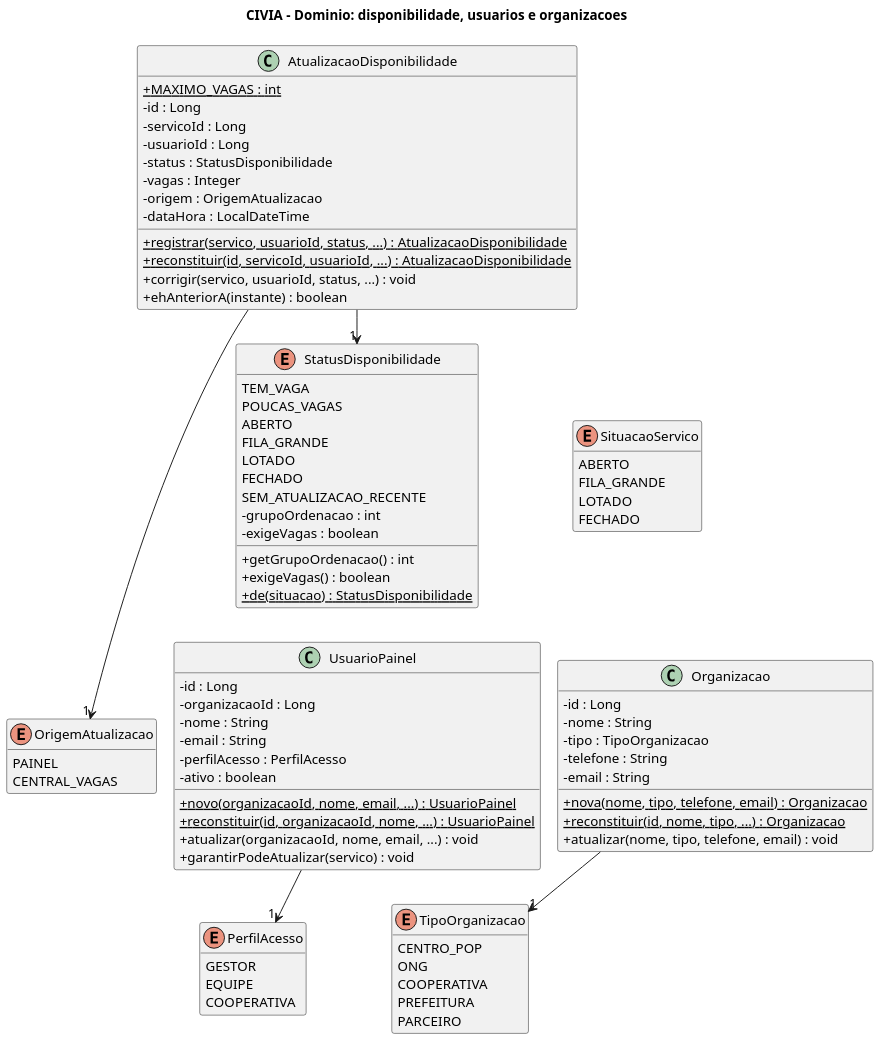
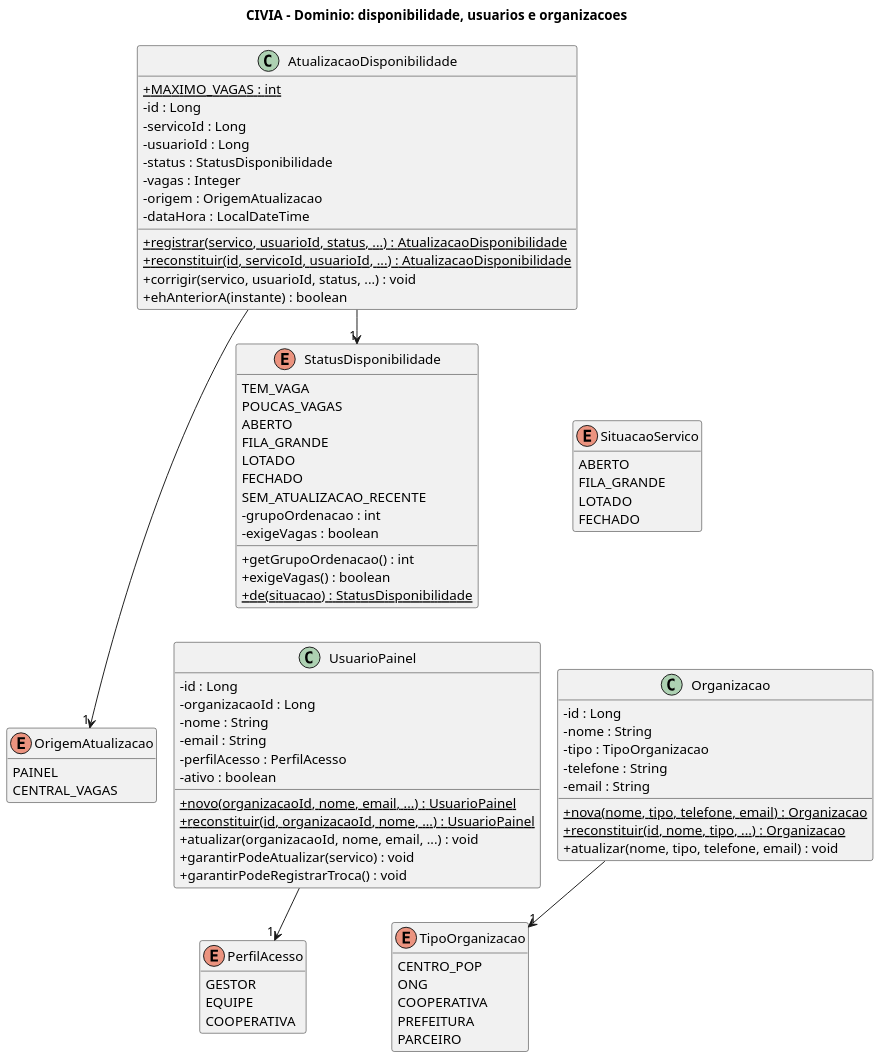
The diagram in docs/partes/02-dominio-disponibilidade.puml (Gabrielvianaana/civia-api), drawn with PlantUML before and after one commit. The commit also changed 99 other files, not shown here.

```diff
--- a/docs/partes/02-dominio-disponibilidade.puml
+++ b/docs/partes/02-dominio-disponibilidade.puml
@@ -1,91 +1,92 @@
 @startuml
 title CIVIA - Dominio: disponibilidade, usuarios e organizacoes
 ' Gerado a partir do codigo-fonte Java (pasta civia-*/src/main/java).
 !pragma layout smetana
 skinparam classAttributeIconSize 0
 skinparam shadowing false
 skinparam dpi 150
 hide empty members
 top to bottom direction
 class AtualizacaoDisponibilidade {
   +{static} MAXIMO_VAGAS : int
   -id : Long
   -servicoId : Long
   -usuarioId : Long
   -status : StatusDisponibilidade
   -vagas : Integer
   -origem : OrigemAtualizacao
   -dataHora : LocalDateTime
   +{static} registrar(servico, usuarioId, status, ...) : AtualizacaoDisponibilidade
   +{static} reconstituir(id, servicoId, usuarioId, ...) : AtualizacaoDisponibilidade
   +corrigir(servico, usuarioId, status, ...) : void
   +ehAnteriorA(instante) : boolean
 }
 enum StatusDisponibilidade {
   TEM_VAGA
   POUCAS_VAGAS
   ABERTO
   FILA_GRANDE
   LOTADO
   FECHADO
   SEM_ATUALIZACAO_RECENTE
   -grupoOrdenacao : int
   -exigeVagas : boolean
   +getGrupoOrdenacao() : int
   +exigeVagas() : boolean
   +{static} de(situacao) : StatusDisponibilidade
 }
 enum OrigemAtualizacao {
   PAINEL
   CENTRAL_VAGAS
 }
 enum SituacaoServico {
   ABERTO
   FILA_GRANDE
   LOTADO
   FECHADO
 }
 class UsuarioPainel {
   -id : Long
   -organizacaoId : Long
   -nome : String
   -email : String
   -perfilAcesso : PerfilAcesso
   -ativo : boolean
   +{static} novo(organizacaoId, nome, email, ...) : UsuarioPainel
   +{static} reconstituir(id, organizacaoId, nome, ...) : UsuarioPainel
   +atualizar(organizacaoId, nome, email, ...) : void
   +garantirPodeAtualizar(servico) : void
+  +garantirPodeRegistrarTroca() : void
 }
 enum PerfilAcesso {
   GESTOR
   EQUIPE
   COOPERATIVA
 }
 class Organizacao {
   -id : Long
   -nome : String
   -tipo : TipoOrganizacao
   -telefone : String
   -email : String
   +{static} nova(nome, tipo, telefone, email) : Organizacao
   +{static} reconstituir(id, nome, tipo, ...) : Organizacao
   +atualizar(nome, tipo, telefone, email) : void
 }
 enum TipoOrganizacao {
   CENTRO_POP
   ONG
   COOPERATIVA
   PREFEITURA
   PARCEIRO
 }
 AtualizacaoDisponibilidade --> "1" OrigemAtualizacao
 AtualizacaoDisponibilidade --> "1" StatusDisponibilidade
 Organizacao --> "1" TipoOrganizacao
 UsuarioPainel --> "1" PerfilAcesso
 AtualizacaoDisponibilidade -[hidden]down- SituacaoServico
 StatusDisponibilidade -[hidden]down- UsuarioPainel
 OrigemAtualizacao -[hidden]down- PerfilAcesso
 SituacaoServico -[hidden]down- Organizacao
 UsuarioPainel -[hidden]down- TipoOrganizacao
 @enduml
```
